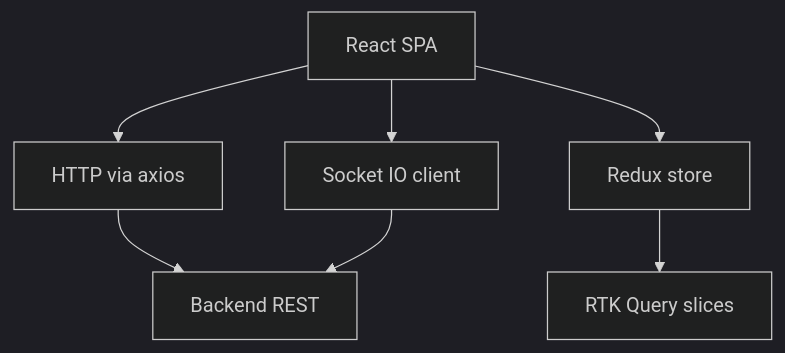
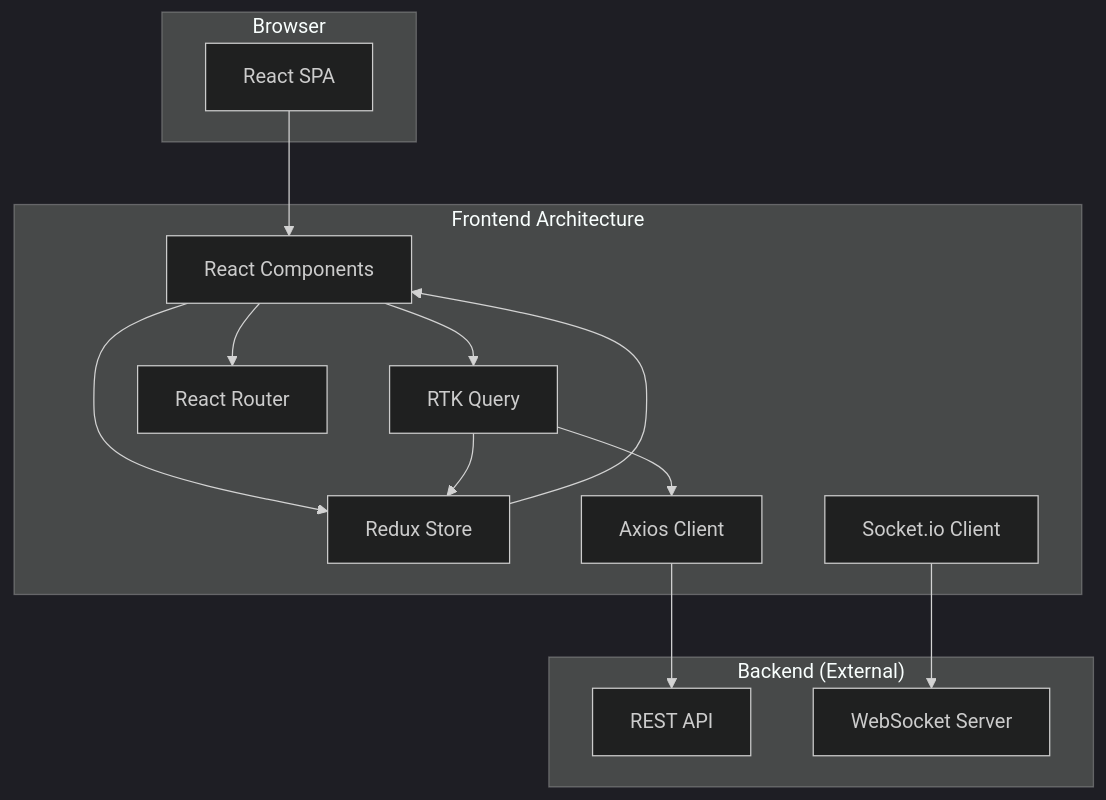
The diagram in .kilocode/rules/memory-bank/architecture.md (Congglee/trellone-app), drawn with Mermaid (dark theme) before and after one commit. The commit also changed other lines of this file and 11 other files, not shown here.

````diff
--- a/.kilocode/rules/memory-bank/architecture.md
+++ b/.kilocode/rules/memory-bank/architecture.md
@@ -20,9 +12,30 @@
 ```mermaid
 graph TD
-    A[React SPA] --> B[HTTP via axios]
-    A --> C[Socket IO client]
-    A --> D[Redux store]
-    D --> E[RTK Query slices]
-    B --> F[Backend REST]
-    C --> F
+    subgraph "Browser"
+        A[React SPA]
+    end
+
+    subgraph "Frontend Architecture"
+        B[React Components]
+        C[Redux Store]
+        D[RTK Query]
+        E[React Router]
+        F[Axios Client]
+        G[Socket.io Client]
+    end
+
+    subgraph "Backend (External)"
+        H[REST API]
+        I[WebSocket Server]
+    end
+
+    A --> B
+    B --> C
+    B --> E
+    B --> D
+    D --> F
+    D --> C
+    C --> B
+    F --> H
+    G --> I
 ```
````
